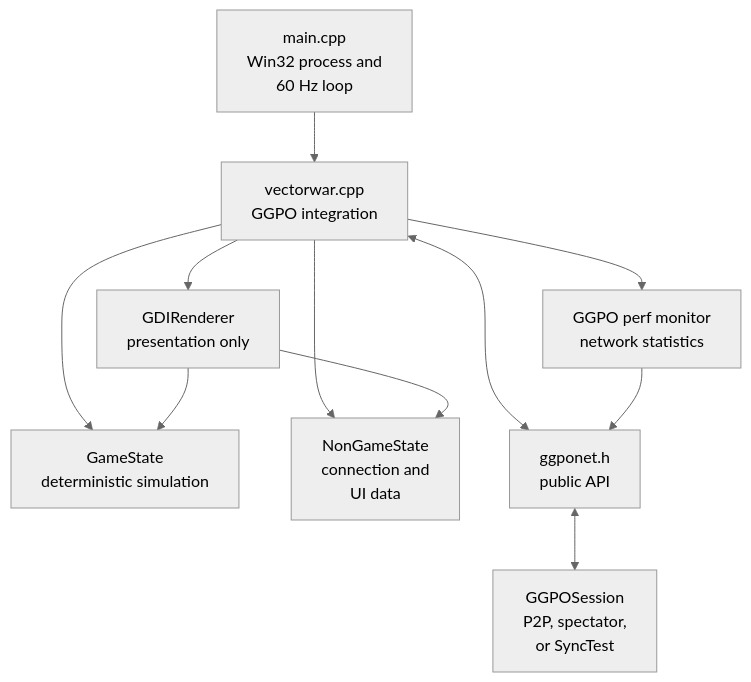
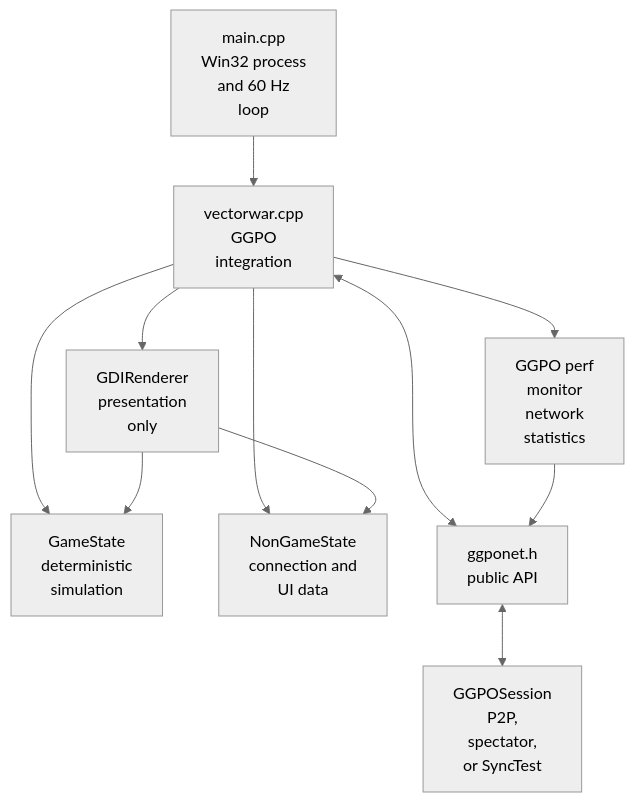
One commit to irregularthanis/ggpo-next changed the first of 7 diagrams in doc/architecture/VectorWar.md. Above: the diagram before and after it, drawn with Mermaid (neutral theme). The commit also changed other lines of this file and 8 other files, not shown here.

Commit message:
docs: tighten all architecture diagram wrapping

````diff
--- a/doc/architecture/VectorWar.md
+++ b/doc/architecture/VectorWar.md
@@ -36,22 +36,22 @@
 ```mermaid
 flowchart TD
-    Main["main.cpp<br/>Win32 process and<br/>60 Hz loop"]
-    Host["vectorwar.cpp<br/>GGPO integration"]
-    Game["GameState<br/>deterministic simulation"]
+    Main["main.cpp<br/>Win32 process<br/>and 60 Hz<br/>loop"]
+    Host["vectorwar.cpp<br/>GGPO<br/>integration"]
+    Game["GameState<br/>deterministic<br/>simulation"]
     NonGame["NonGameState<br/>connection and<br/>UI data"]
-    Renderer["GDIRenderer<br/>presentation only"]
-    Perf["GGPO perf monitor<br/>network statistics"]
+    Renderer["GDIRenderer<br/>presentation<br/>only"]
+    Perf["GGPO perf<br/>monitor<br/>network<br/>statistics"]
     API["ggponet.h<br/>public API"]
-    Session["GGPOSession<br/>P2P, spectator,<br/>or SyncTest"]
+    Session["GGPOSession<br/>P2P,<br/>spectator,<br/>or SyncTest"]
 
     Main --> Host
     Host --> Game
     Host --> NonGame
     Host --> Renderer
     Host --> Perf
     Host <--> API
     API <--> Session
     Renderer --> Game
     Renderer --> NonGame
     Perf --> API
 ```
````
